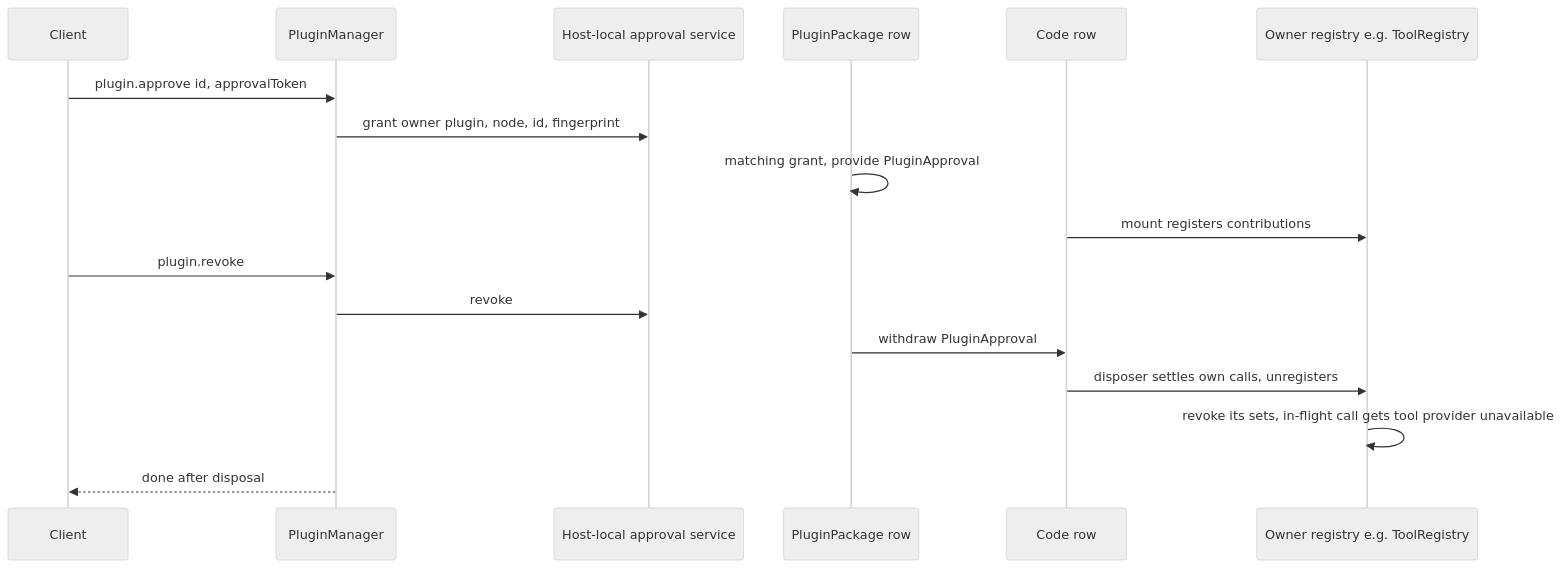
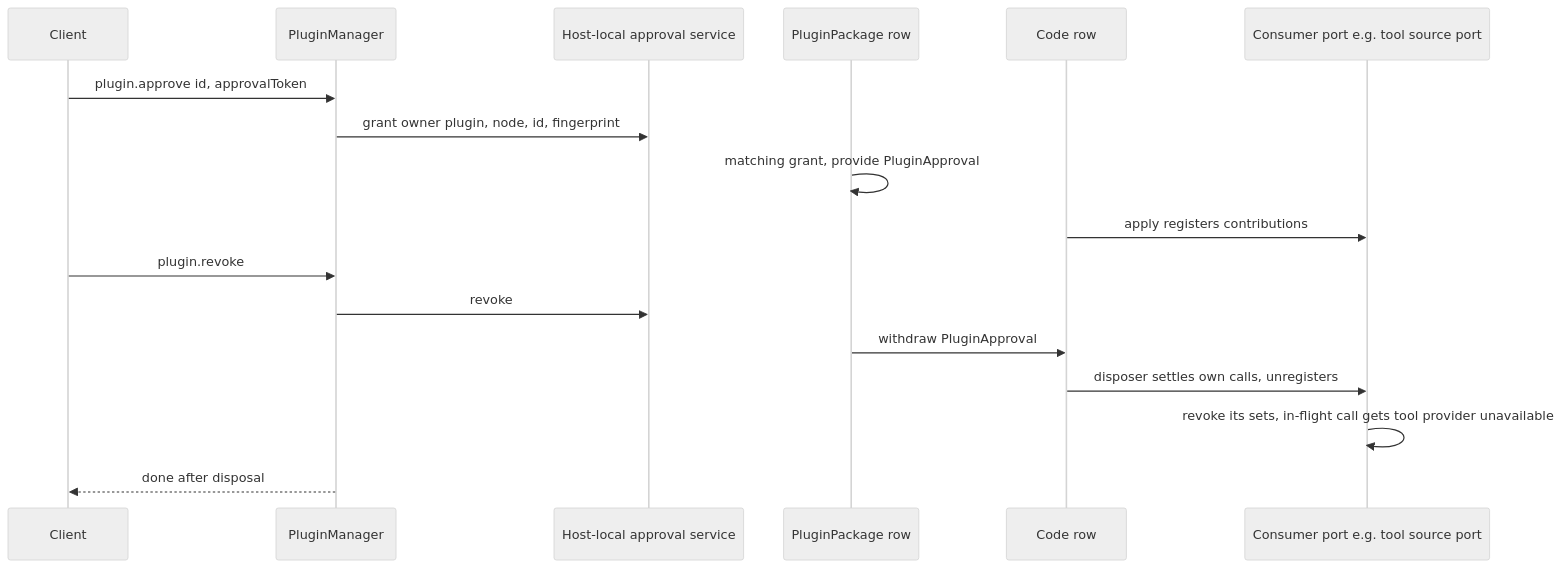
The fourth of 6 diagrams in docs/design/plugins/PluginManager.md (CoutinhoTTS/dim-agent), drawn with Mermaid (neutral theme) before and after one commit. The commit also changed other lines of this file and 3 other files, not shown here.

````diff
--- a/docs/design/plugins/PluginManager.md
+++ b/docs/design/plugins/PluginManager.md
@@ -109,19 +111,19 @@
 ```mermaid
 sequenceDiagram
   participant C as Client
   participant PM as PluginManager
   participant A as Host-local approval service
   participant R as PluginPackage row
   participant K as Code row
-  participant TR as Owner registry e.g. ToolRegistry
+  participant TR as Consumer port e.g. tool source port
   C->>PM: plugin.approve id, approvalToken
   PM->>A: grant owner plugin, node, id, fingerprint
   R->>R: matching grant, provide PluginApproval
-  K->>TR: mount registers contributions
+  K->>TR: apply registers contributions
   C->>PM: plugin.revoke
   PM->>A: revoke
   R->>K: withdraw PluginApproval
   K->>TR: disposer settles own calls, unregisters
   TR->>TR: revoke its sets, in-flight call gets tool provider unavailable
   PM-->>C: done after disposal
 ```
````
